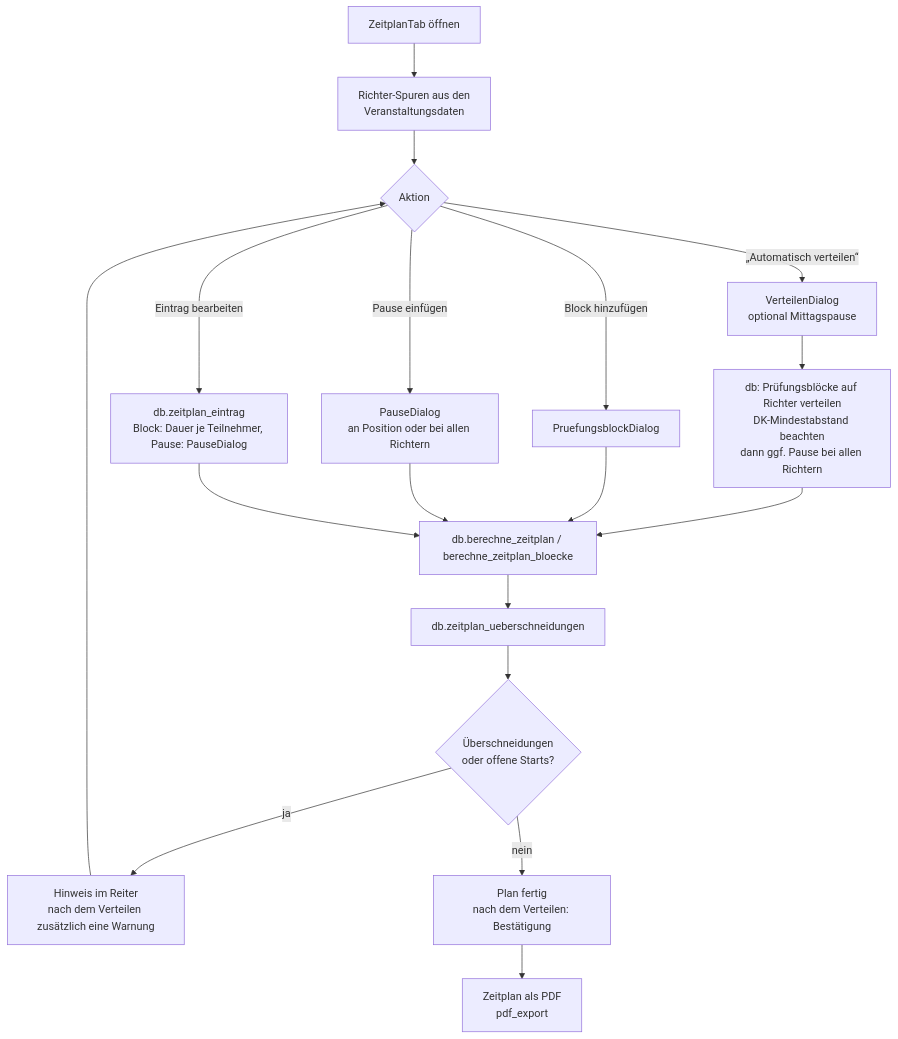
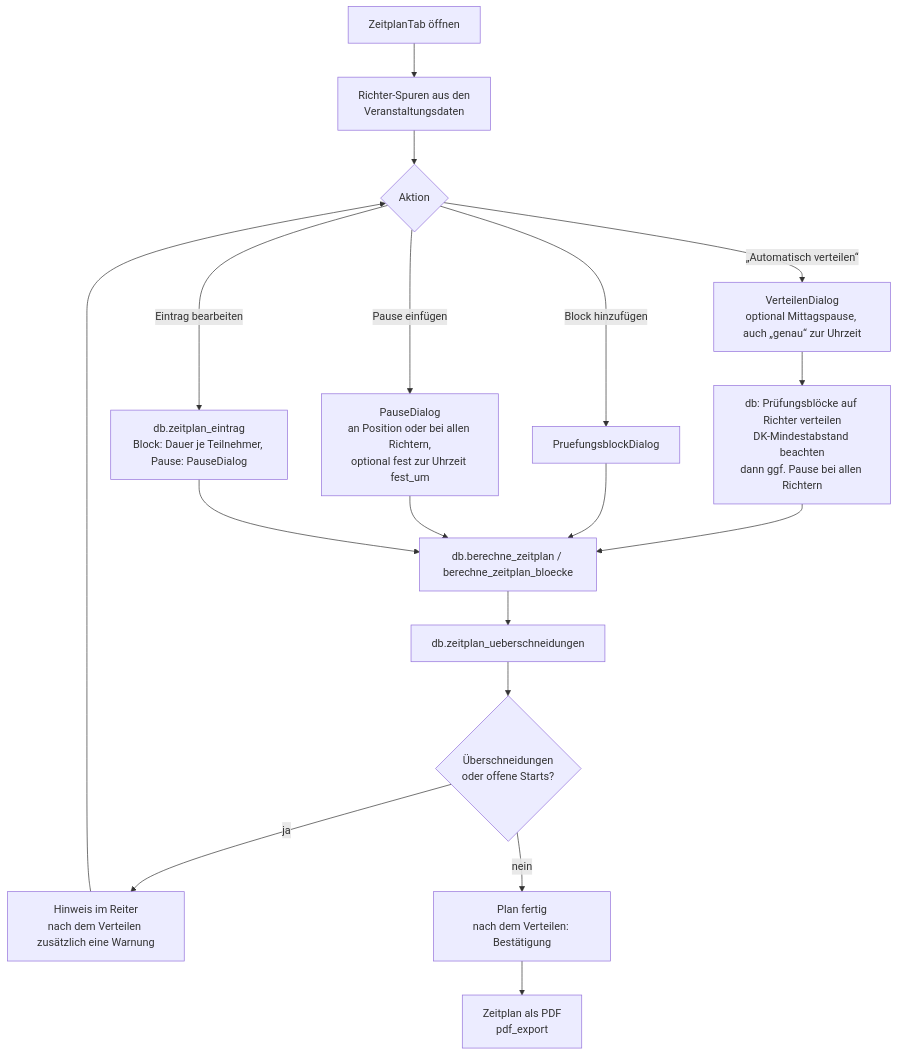
The seventh of 13 diagrams in UML.md (mbruver-source/SHS), drawn with Mermaid before and after one commit. The commit also changed 28 other files, not shown here.

````diff
--- a/UML.md
+++ b/UML.md
@@ -407,17 +407,17 @@
 ```mermaid
 flowchart TD
     a[ZeitplanTab öffnen] --> b[Richter-Spuren aus den<br/>Veranstaltungsdaten]
     b --> c{Aktion}
-    c -->|„Automatisch verteilen“| v[VerteilenDialog<br/>optional Mittagspause]
+    c -->|„Automatisch verteilen“| v[VerteilenDialog<br/>optional Mittagspause, auch „genau“ zur Uhrzeit]
     v --> d[db: Prüfungsblöcke auf Richter verteilen<br/>DK-Mindestabstand beachten<br/>dann ggf. Pause bei allen Richtern]
     c -->|Block hinzufügen| e[PruefungsblockDialog]
-    c -->|Pause einfügen| f[PauseDialog<br/>an Position oder bei allen Richtern]
+    c -->|Pause einfügen| f[PauseDialog<br/>an Position oder bei allen Richtern,<br/>optional fest zur Uhrzeit fest_um]
     c -->|Eintrag bearbeiten| m[db.zeitplan_eintrag<br/>Block: Dauer je Teilnehmer, Pause: PauseDialog]
     d & e & f & m --> g[db.berechne_zeitplan / berechne_zeitplan_bloecke]
     g --> h[db.zeitplan_ueberschneidungen]
     h --> i{Überschneidungen<br/>oder offene Starts?}
     i -->|ja| j[Hinweis im Reiter<br/>nach dem Verteilen zusätzlich eine Warnung]
     i -->|nein| k[Plan fertig<br/>nach dem Verteilen: Bestätigung]
     j --> c
     k --> l[Zeitplan als PDF<br/>pdf_export]
 ```
````
